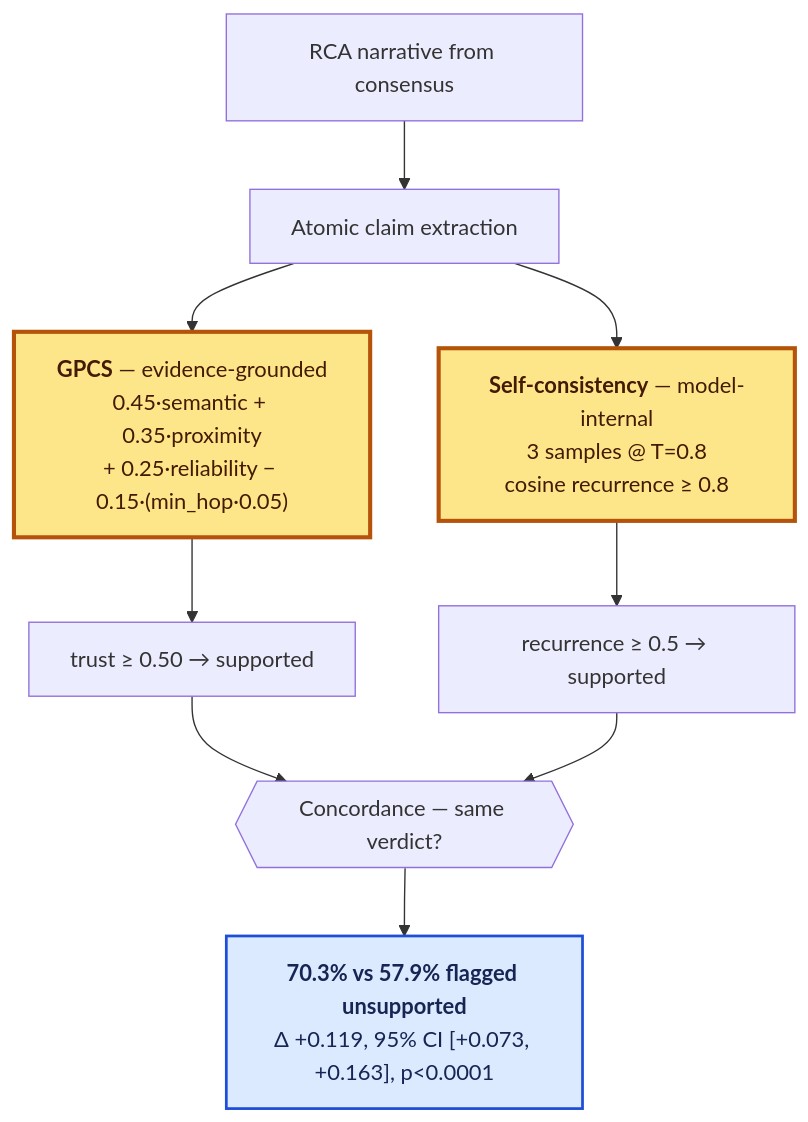
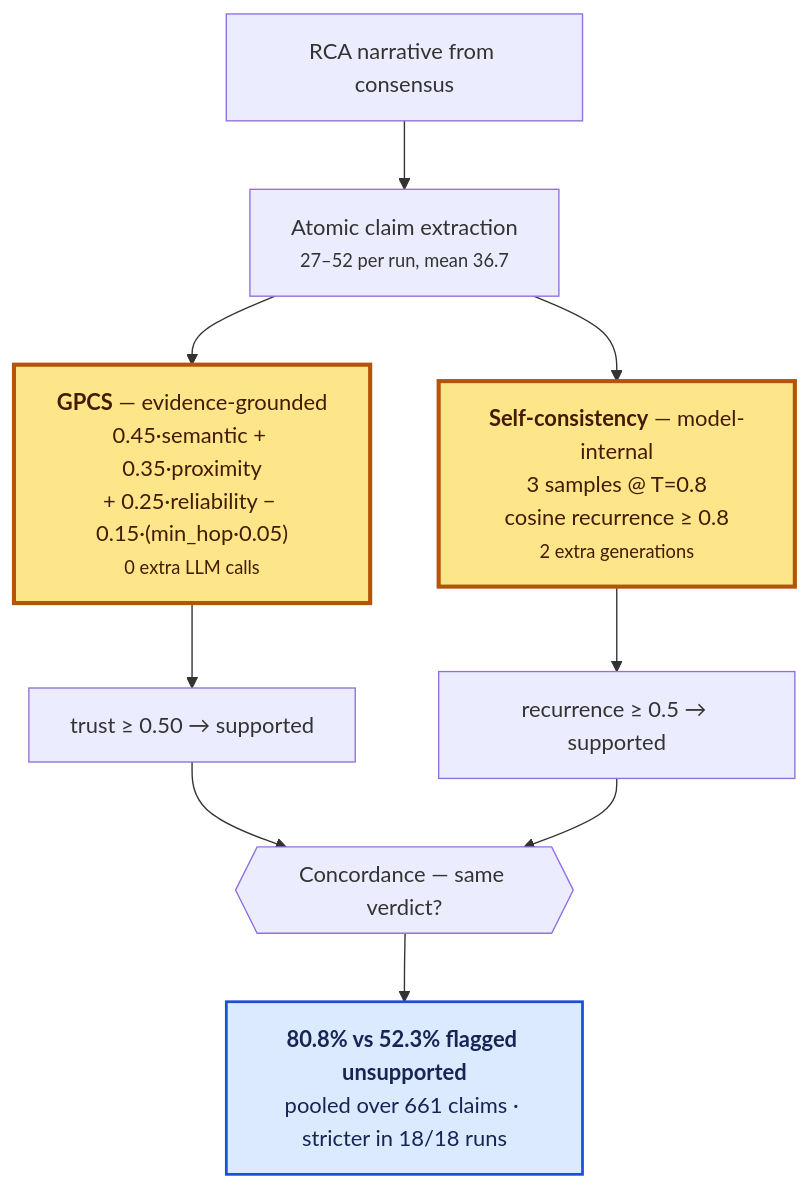
The third of 3 diagrams in README.md (shivamshashank/CloudGraph), drawn with Mermaid before and after one commit. The commit also changed other lines of this file and 128 other files, not shown here.

````diff
--- a/README.md
+++ b/README.md
@@ -229,19 +337,19 @@
 ```mermaid
 flowchart TB
-    RCA["RCA narrative from consensus"] --> EX["Atomic claim extraction"]
+    RCA["RCA narrative from consensus"] --> EX["Atomic claim extraction<br/><small>27–52 per run, mean 36.7</small>"]
 
-    EX --> G["<b>GPCS</b> — evidence-grounded<br/>0.45·semantic + 0.35·proximity<br/>+ 0.25·reliability − 0.15·(min_hop·0.05)"]
-    EX --> S["<b>Self-consistency</b> — model-internal<br/>3 samples @ T=0.8<br/>cosine recurrence ≥ 0.8"]
+    EX --> G["<b>GPCS</b> — evidence-grounded<br/>0.45·semantic + 0.35·proximity<br/>+ 0.25·reliability − 0.15·(min_hop·0.05)<br/><small>0 extra LLM calls</small>"]
+    EX --> S["<b>Self-consistency</b> — model-internal<br/>3 samples @ T=0.8<br/>cosine recurrence ≥ 0.8<br/><small>2 extra generations</small>"]
 
     G --> GV["trust ≥ 0.50 → supported"]
     S --> SV["recurrence ≥ 0.5 → supported"]
 
     GV --> CMP{{"Concordance — same verdict?"}}
     SV --> CMP
-    CMP --> R["<b>70.3% vs 57.9% flagged unsupported</b><br/>Δ +0.119, 95% CI [+0.073, +0.163], p&lt;0.0001"]
+    CMP --> R["<b>80.8% vs 52.3% flagged unsupported</b><br/>pooled over 661 claims · stricter in 18/18 runs"]
 
     classDef contrib fill:#fde68a,stroke:#b45309,stroke-width:3px,color:#451a03
     classDef result fill:#dbeafe,stroke:#1d4ed8,stroke-width:2px,color:#172554
     class G,S contrib
     class R result
 ```
````
